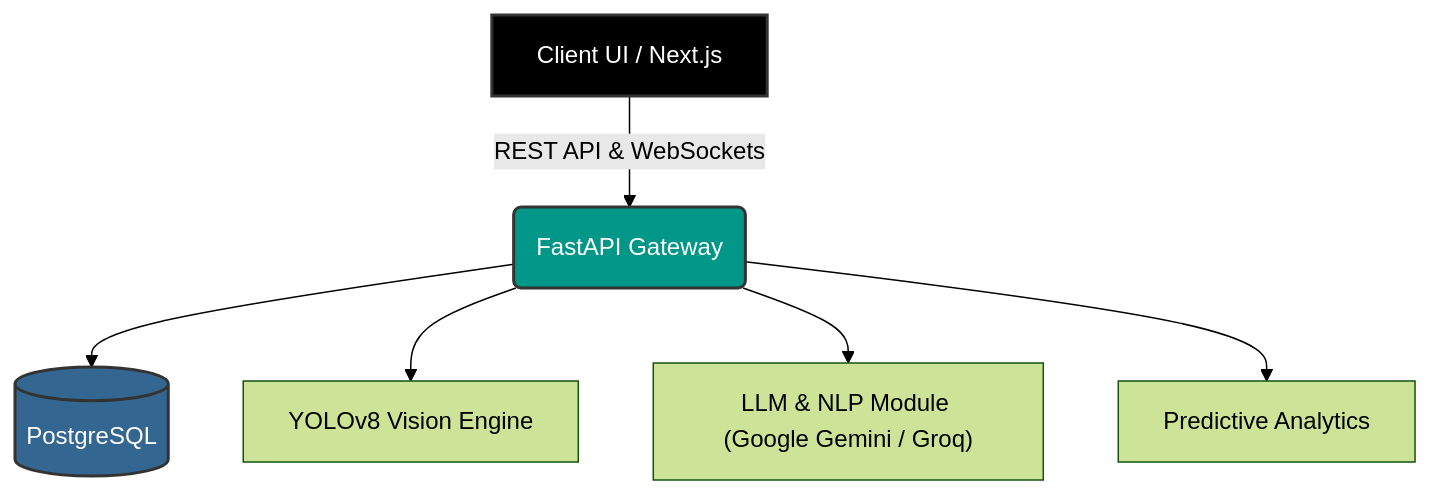
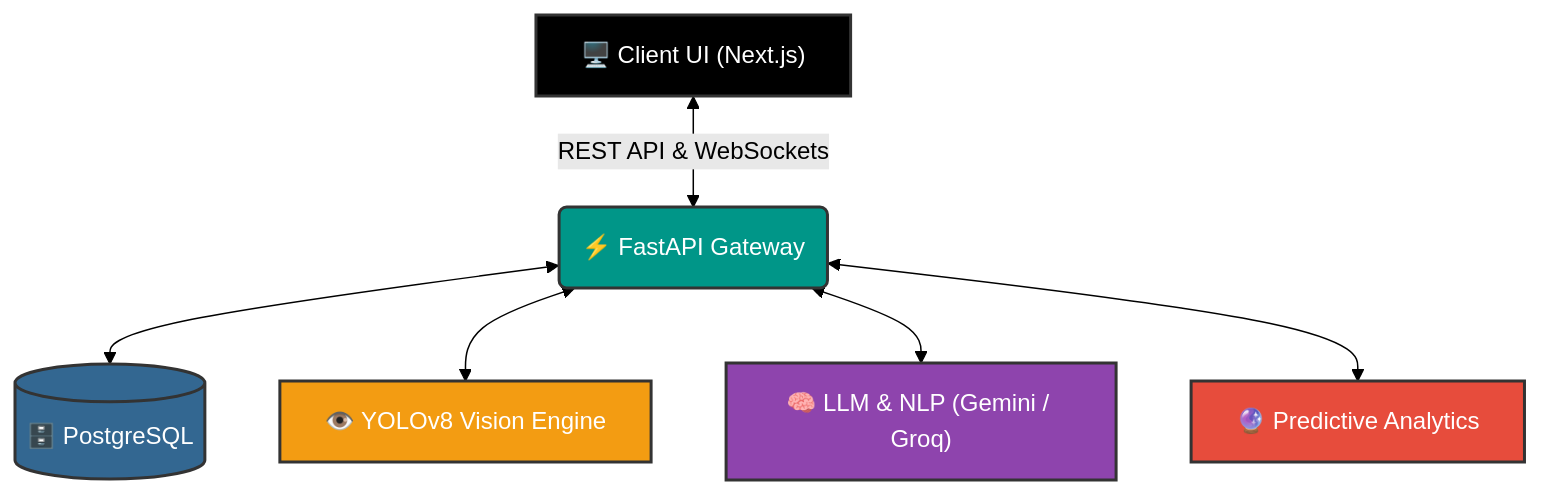
One commit to bhargavatejagolla/Laminar changed the diagram in README.md. Above: the diagram before and after it, drawn with Mermaid (forest theme). The commit also changed other lines of this file, not shown here.

````diff
--- a/README.md
+++ b/README.md
@@ -429,11 +450,15 @@
 ```mermaid
 graph TD
-    A["Client UI / Next.js"] -->|REST API & WebSockets| B("FastAPI Gateway")
-    B --> C[("PostgreSQL")]
-    B --> D["YOLOv8 Vision Engine"]
-    B --> E["LLM & NLP Module (Google Gemini / Groq)"]
-    B --> F["Predictive Analytics"]
+    A["🖥️ Client UI (Next.js)"] <-->|REST API & WebSockets| B("⚡ FastAPI Gateway")
+    B <--> C[("🗄️ PostgreSQL")]
+    B <--> D["👁️ YOLOv8 Vision Engine"]
+    B <--> E["🧠 LLM & NLP (Gemini / Groq)"]
+    B <--> F["🔮 Predictive Analytics"]
+    
     style A fill:#000,stroke:#333,stroke-width:2px,color:#fff
     style B fill:#009688,stroke:#333,stroke-width:2px,color:#fff
     style C fill:#336791,stroke:#333,stroke-width:2px,color:#fff
+    style D fill:#f39c12,stroke:#333,stroke-width:2px,color:#fff
+    style E fill:#8e44ad,stroke:#333,stroke-width:2px,color:#fff
+    style F fill:#e74c3c,stroke:#333,stroke-width:2px,color:#fff
 ```
````
